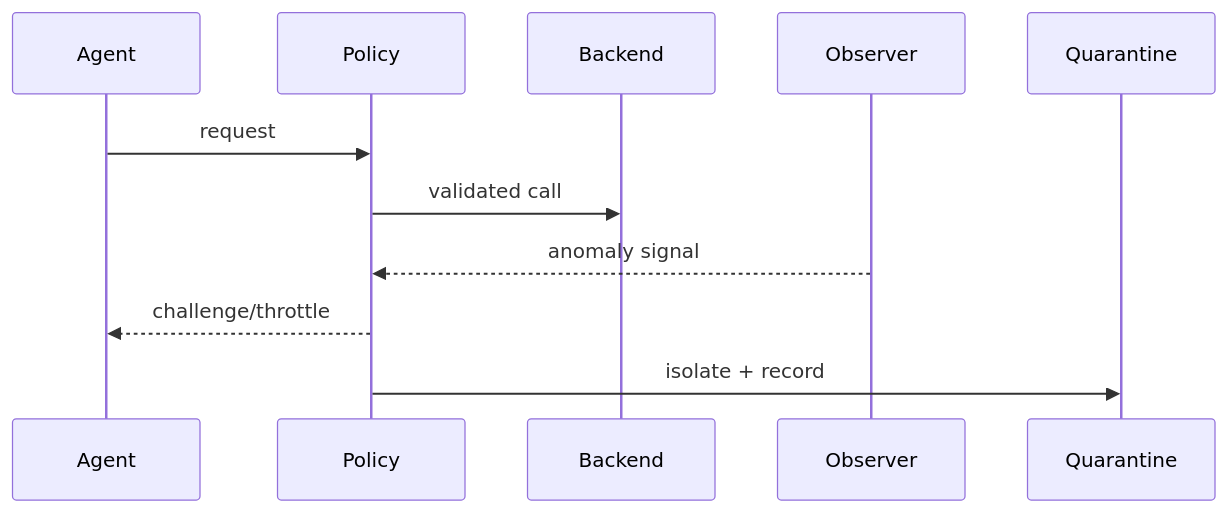
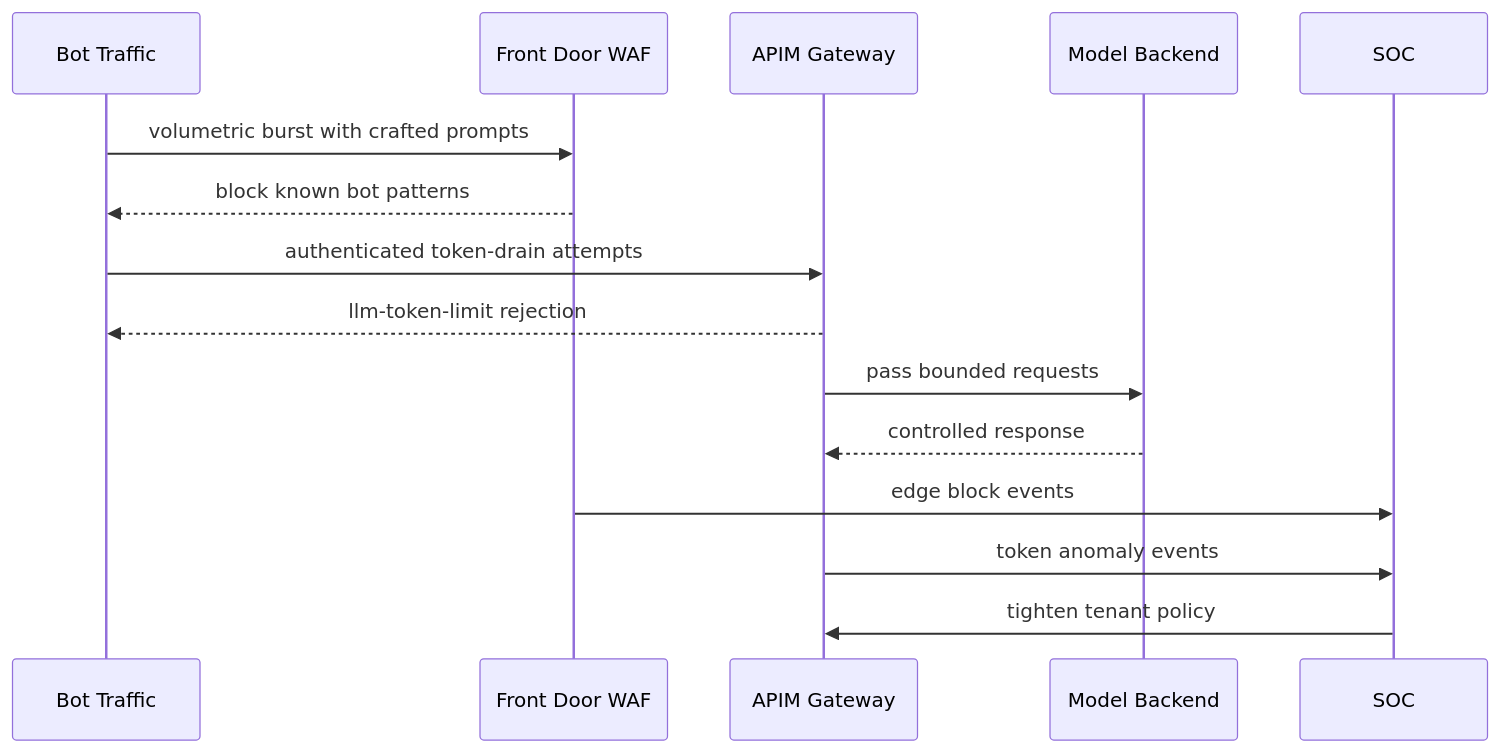
The second of 2 diagrams in workshops/azure-agent-infra/afd-waf-botmanager-apim-agent-ingress-ddos-token-drain-faq-r1103.en.md (turbo998/ai-infra-lab), drawn with Mermaid before and after one commit. The commit also changed other lines of this file and 5 other files, not shown here.

````diff
--- a/workshops/azure-agent-infra/afd-waf-botmanager-apim-agent-ingress-ddos-token-drain-faq-r1103.en.md
+++ b/workshops/azure-agent-infra/afd-waf-botmanager-apim-agent-ingress-ddos-token-drain-faq-r1103.en.md
@@ -147,13 +125,17 @@
 ```mermaid
 sequenceDiagram
-  participant A as Agent
-  participant P as Policy
-  participant B as Backend
-  participant O as Observer
-  participant Q as Quarantine
-  A->>P: request
-  P->>B: validated call
-  O-->>P: anomaly signal
-  P-->>A: challenge/throttle
-  P->>Q: isolate + record
+  participant B as Bot Traffic
+  participant F as Front Door WAF
+  participant G as APIM Gateway
+  participant M as Model Backend
+  participant S as SOC
+  B->>F: volumetric burst with crafted prompts
+  F-->>B: block known bot patterns
+  B->>G: authenticated token-drain attempts
+  G-->>B: llm-token-limit rejection
+  G->>M: pass bounded requests
+  M-->>G: controlled response
+  F->>S: edge block events
+  G->>S: token anomaly events
+  S->>G: tighten tenant policy
 ```
````
